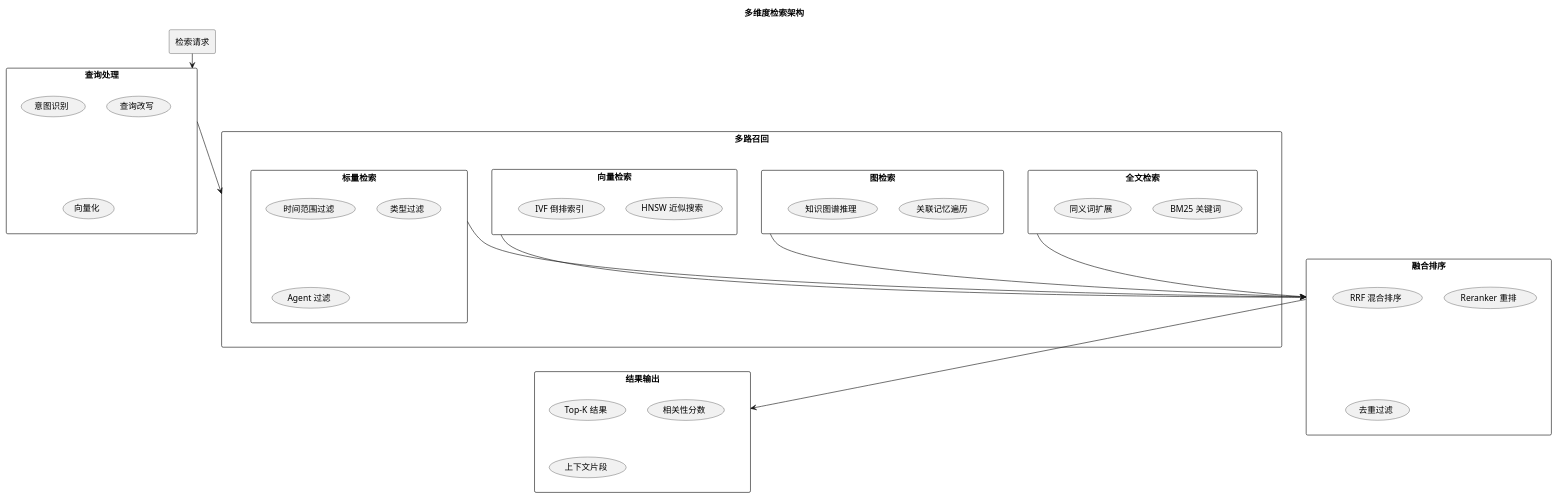
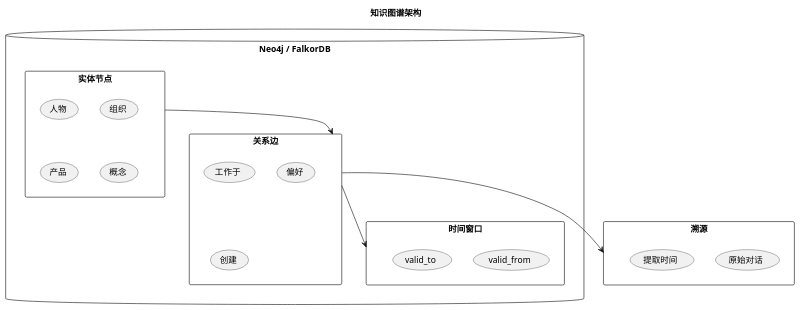
Before and after one commit to RiceBall-15/agent-memory-system: the fourth of 5 diagrams in README.md, drawn with PlantUML. The commit also changed other lines of this file, not shown here.

Commit message:
docs: v3.0 深度优化 - Mem0/Graphiti/Letta源码分析、高并发处理、前端监控界面设计

````diff
--- a/README.md
+++ b/README.md
@@ -533,57 +572,35 @@
 ```plantuml
-@startuml Multi-Dimension-Retrieval
-title 多维度检索架构
+@startuml Knowledge-Graph-Architecture
+title 知识图谱架构
 
-rectangle "检索请求" as Request
-
-rectangle "查询处理" as QP {
-  (意图识别)
-  (查询改写)
-  (向量化)
-}
-
-rectangle "多路召回" as Recall {
-  rectangle "向量检索" as VecR {
-    (HNSW 近似搜索)
-    (IVF 倒排索引)
+database "Neo4j / FalkorDB" as Graph {
+  rectangle "实体节点" as Entity {
+    (人物) as P
+    (组织) as O
+    (产品) as Pr
+    (概念) as C
   }
   
-  rectangle "标量检索" as ScalarR {
-    (时间范围过滤)
-    (类型过滤)
-    (Agent 过滤)
+  rectangle "关系边" as Relation {
+    (工作于) as R1
+    (偏好) as R2
+    (创建) as R3
   }
   
-  rectangle "全文检索" as TextR {
-    (BM25 关键词)
-    (同义词扩展)
-  }
-  
-  rectangle "图检索" as GraphR {
-    (关联记忆遍历)
-    (知识图谱推理)
+  rectangle "时间窗口" as Temporal {
+    (valid_from) as VF
+    (valid_to) as VT
   }
 }
 
-rectangle "融合排序" as Fusion {
-  (RRF 混合排序)
-  (Reranker 重排)
-  (去重过滤)
+rectangle "溯源" as Provenance {
+  (原始对话) as Raw
+  (提取时间) as ExtractTime
 }
 
-rectangle "结果输出" as Output {
-  (Top-K 结果)
-  (相关性分数)
-  (上下文片段)
-}
-
-Request --> QP
-QP --> Recall
-VecR --> Fusion
-ScalarR --> Fusion
-TextR --> Fusion
-GraphR --> Fusion
-Fusion --> Output
+Entity --> Relation
+Relation --> Temporal
+Relation --> Provenance
 
 @enduml
 ```
````
